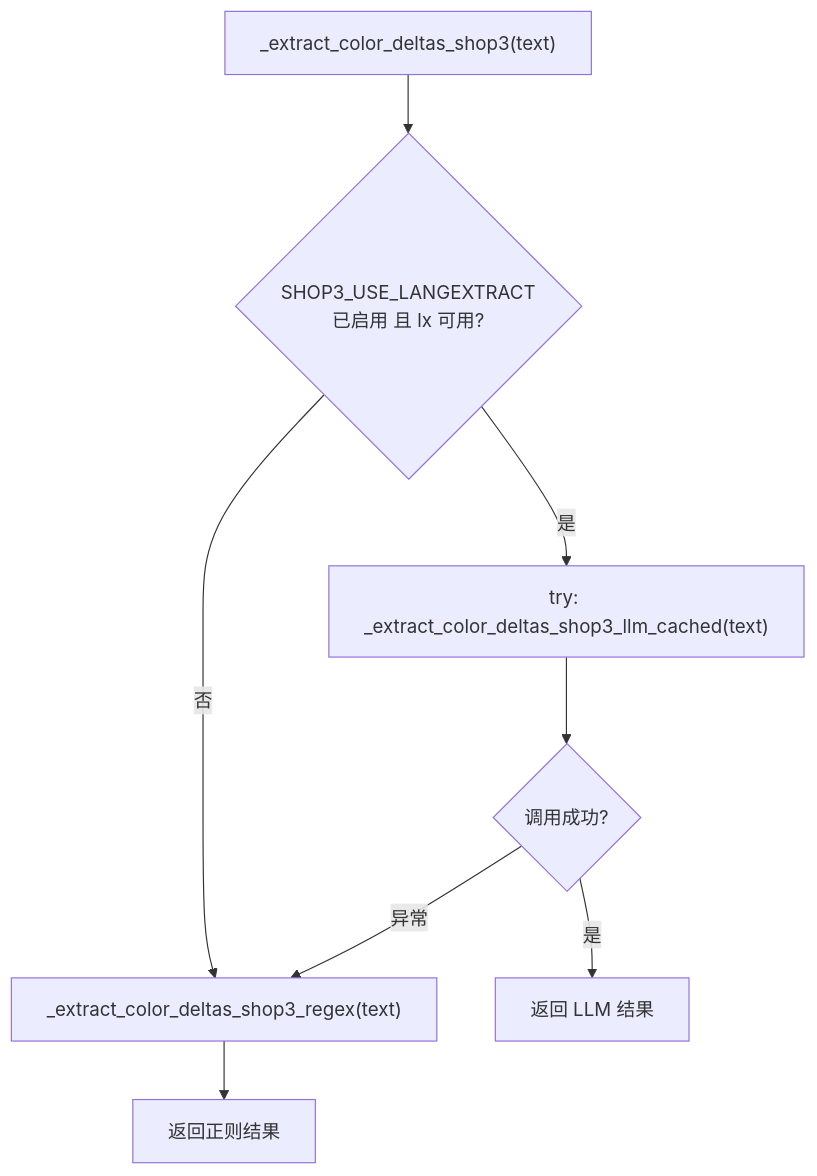
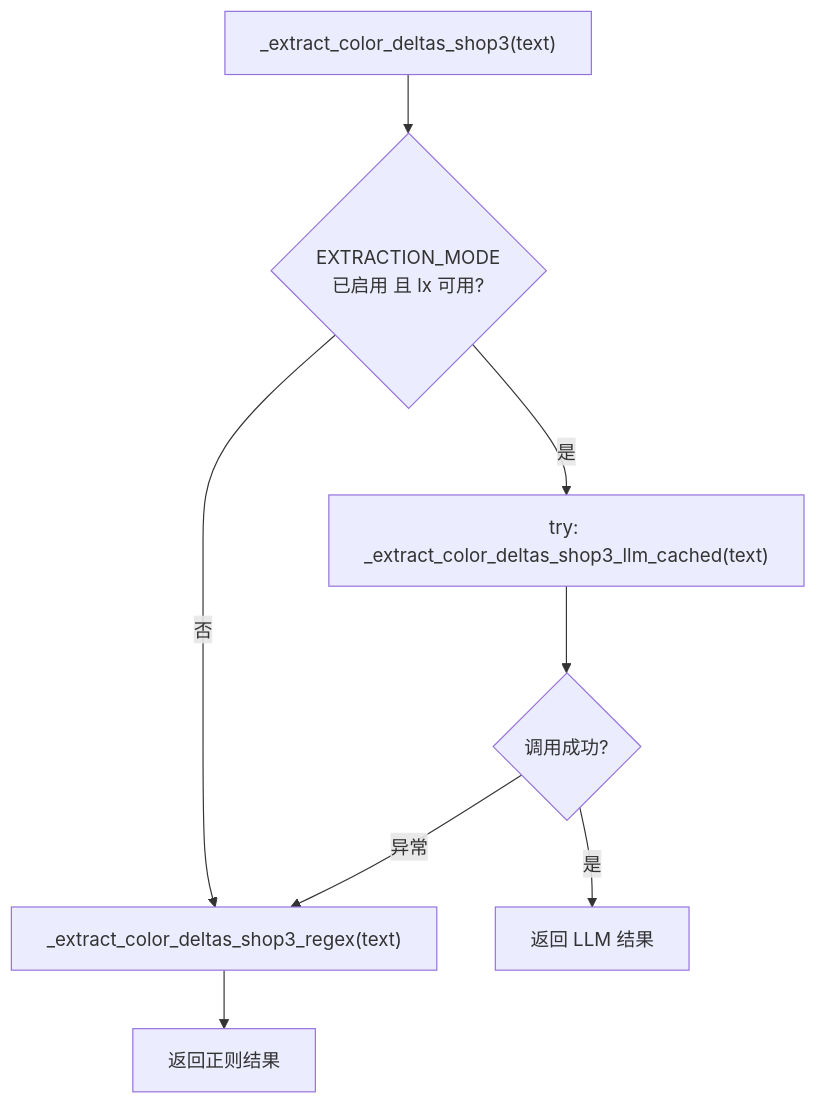
One commit to zhujiansamuel/YamagotiProjects changed the third of 11 diagrams in doc_shop/shop3_cleaner.md. Above: the diagram before and after it, drawn with Mermaid. The commit also changed other lines of this file and 44 other files, not shown here.

````diff
--- a/doc_shop/shop3_cleaner.md
+++ b/doc_shop/shop3_cleaner.md
@@ -116,10 +116,10 @@
 ```mermaid
 flowchart TD
-    A["_extract_color_deltas_shop3(text)"] --> B{SHOP3_USE_LANGEXTRACT\n已启用 且 lx 可用?}
+    A["_extract_color_deltas_shop3(text)"] --> B{EXTRACTION_MODE\n已启用 且 lx 可用?}
     B -->|否| C["_extract_color_deltas_shop3_regex(text)"]
     B -->|是| D["try: _extract_color_deltas_shop3_llm_cached(text)"]
     D --> E{调用成功?}
     E -->|是| F[返回 LLM 结果]
     E -->|异常| C
     C --> G[返回正则结果]
 ```
````
